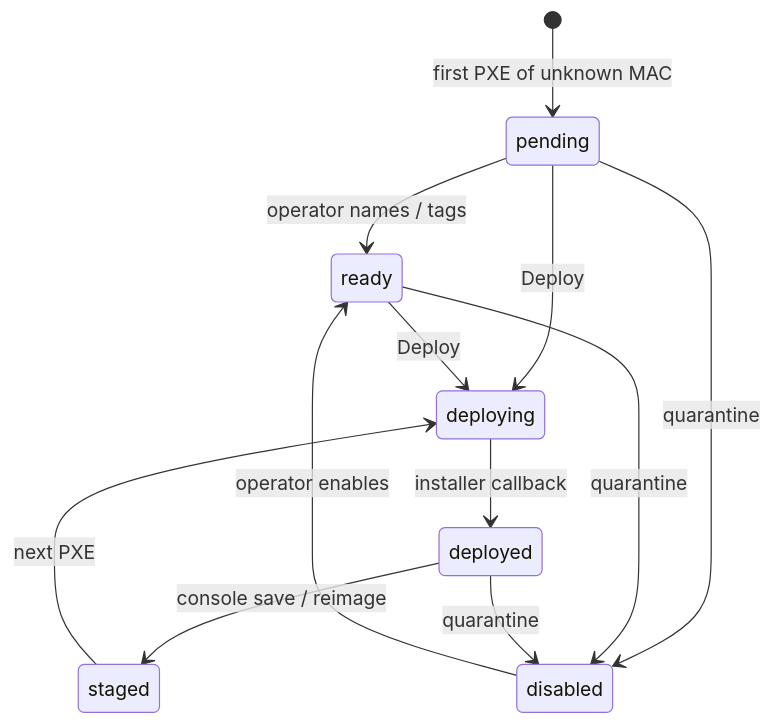
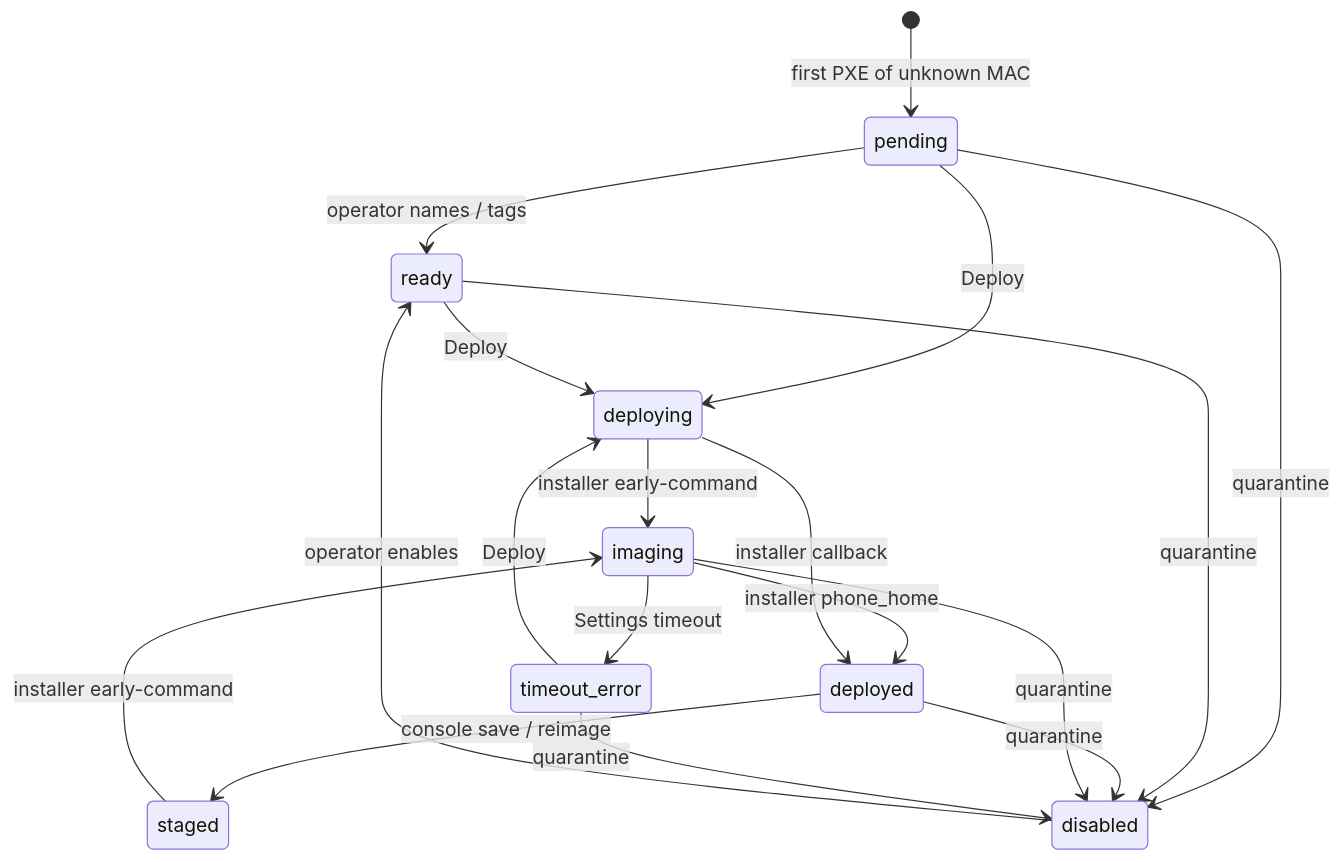
One commit to hometinker12/home-lab-pxe changed the ninth of 24 diagrams in ARCHITECTURE.md. Above: the diagram before and after it, drawn with Mermaid. The commit also changed other lines of this file and 47 other files, not shown here.

````diff
--- a/ARCHITECTURE.md
+++ b/ARCHITECTURE.md
@@ -212,14 +212,20 @@
 ```mermaid
 stateDiagram-v2
   [*] --> pending: first PXE of unknown MAC
   pending --> ready: operator names / tags
   pending --> deploying: Deploy
   ready --> deploying: Deploy
+  deploying --> imaging: installer early-command
+  staged --> imaging: installer early-command
+  imaging --> deployed: installer phone_home
+  imaging --> timeout_error: Settings timeout
+  timeout_error --> deploying: Deploy
   deploying --> deployed: installer callback
   deployed --> staged: console save / reimage
-  staged --> deploying: next PXE
   pending --> disabled: quarantine
   ready --> disabled: quarantine
   deployed --> disabled: quarantine
+  imaging --> disabled: quarantine
+  timeout_error --> disabled: quarantine
   disabled --> ready: operator enables
 ```
````
